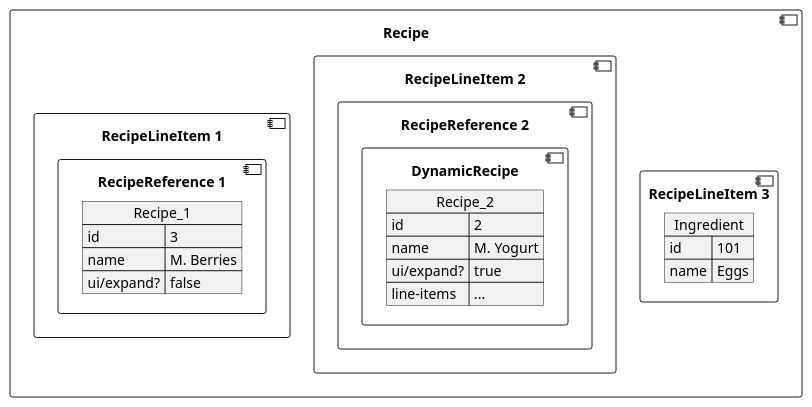
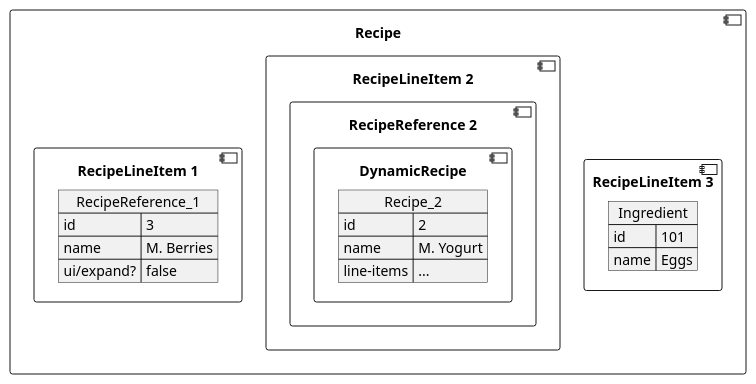
The second of 2 diagrams in cookbook/dynamic-recursion/dynamic-recursion.adoc (fulcro-community/fulcro-cookbook), drawn with PlantUML before and after one commit. The commit also changed other lines of this file and 3 other files, not shown here.

```diff
--- a/cookbook/dynamic-recursion/dynamic-recursion.adoc
+++ b/cookbook/dynamic-recursion/dynamic-recursion.adoc
@@ -133,37 +133,34 @@
 [plantuml,components,png]
 .... 
 @startuml
 component "Recipe" {
 
   component "RecipeLineItem 3" {
     json Ingredient {
       "id": "101",
       "name": "Eggs"
     }
   }
 
   component "RecipeLineItem 2" {
     component "RecipeReference 2" {
       component "DynamicRecipe" {
         json Recipe_2 {
         "id": "2",
         "name": "M. Yogurt",
-        "ui/expand?": true,
         "line-items": "..."
         }
       }
     }
   }
 
   component "RecipeLineItem 1" {
-    component "RecipeReference 1" {
-      json Recipe_1 {
+    json RecipeReference_1 {
         "id": "3",
         "name": "M. Berries",
         "ui/expand?": false
       }
-    }
   }
 }
 @enduml
 ....
```
